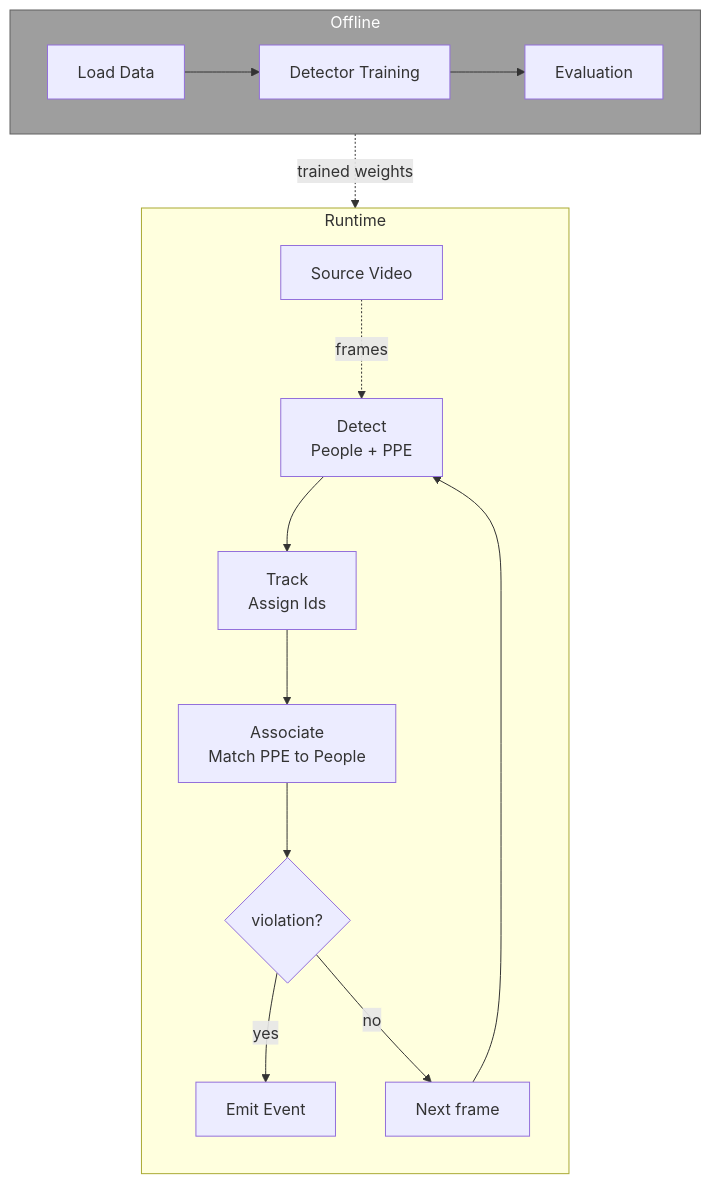
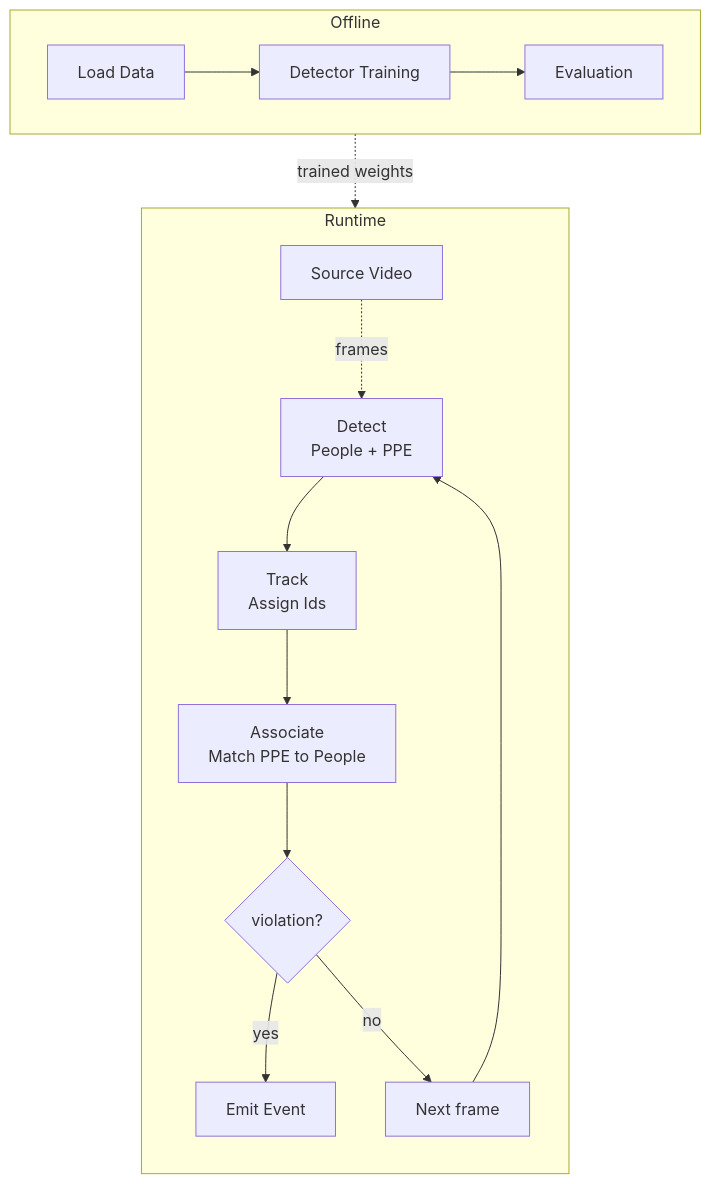
Before and after one commit to atharion-team/ppe-training-pipeline: the diagram in docs/pipeline/stages.md, drawn with Mermaid.

Commit message:
Remove unused class definitions from stages diagram in documentation

````diff
--- a/docs/pipeline/stages.md
+++ b/docs/pipeline/stages.md
@@ -8,25 +8,23 @@
 ```mermaid
 flowchart TD
     subgraph offline["Offline"]
         direction LR
         dl[Load Data] --> tr[Detector Training]
         tr --> ev[Evaluation]
     end
 
     ev -.trained weights.-> det
     subgraph runtime["Runtime"]
         direction TD
         fr[Source Video] -.frames.-> det    
         det[Detect<br/>People + PPE]
         det --> trk[Track<br/>Assign Ids]
         trk --> asc[Associate<br/>Match PPE to People]
         asc --> dec{violation?}
         dec -->|yes| em[Emit Event]
         dec -->|no| nx[Next frame]
         nx --> det  
     end
 
 
-    classDef grey fill:#9e9e9e,stroke:#616161,color:#fff
-    class offline grey
 ```
````
